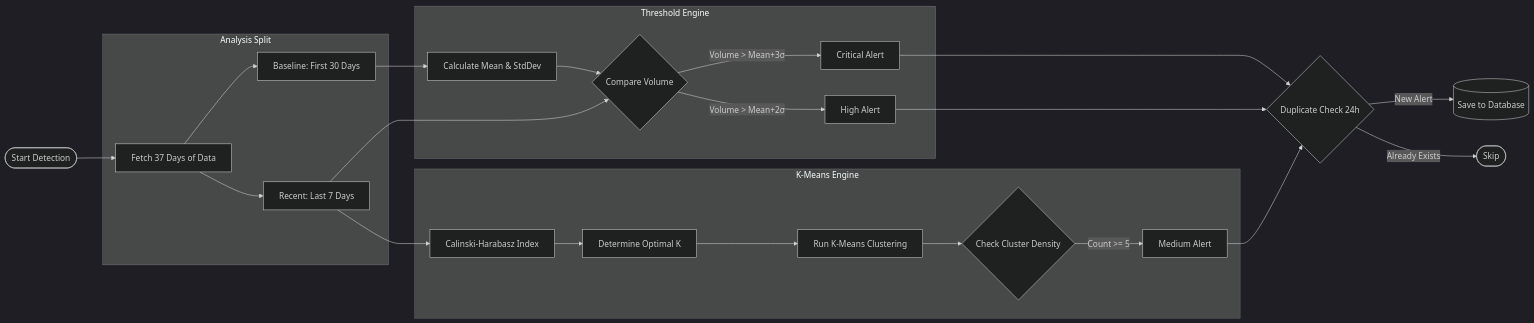
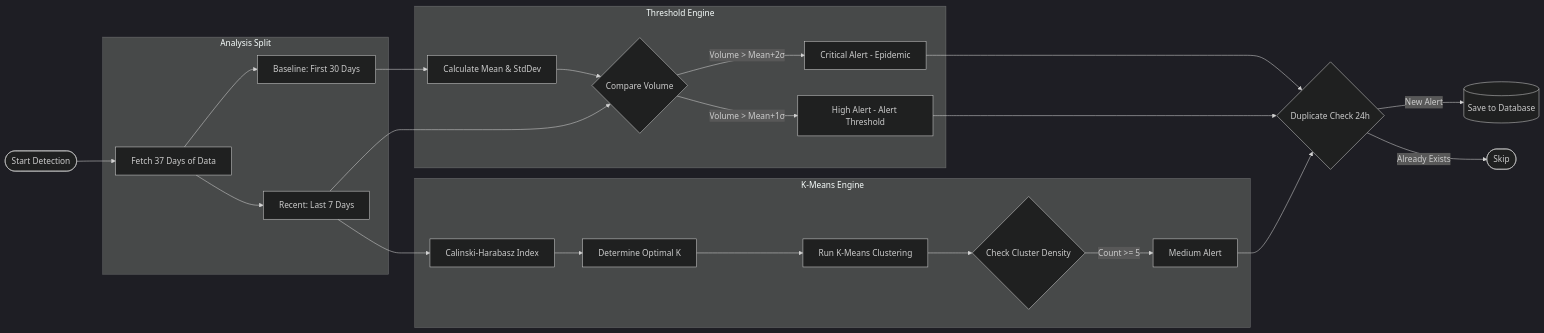
The second of 3 diagrams in frontend/documentations/OUTBREAK_ALERT_SYSTEM.md (notlath/aill-be-sick), drawn with Mermaid (dark theme) before and after one commit. The commit also changed other lines of this file and 4 other files, not shown here.

````diff
--- a/frontend/documentations/OUTBREAK_ALERT_SYSTEM.md
+++ b/frontend/documentations/OUTBREAK_ALERT_SYSTEM.md
@@ -182,29 +191,29 @@
 ```mermaid
 graph LR
     Start([Start Detection]) --> Fetch[Fetch 37 Days of Data]
 
     subgraph Analysis [Analysis Split]
         Fetch --> Baseline[Baseline: First 30 Days]
         Fetch --> Recent[Recent: Last 7 Days]
     end
 
     subgraph Threshold_Engine [Threshold Engine]
         Baseline --> CalcStats[Calculate Mean & StdDev]
         CalcStats --> Compare{Compare Volume}
         Recent --> Compare
-        Compare -- Volume > Mean+3σ --> Critical[Critical Alert]
-        Compare -- Volume > Mean+2σ --> High[High Alert]
+        Compare -- Volume > Mean+2σ --> Critical[Critical Alert - Epidemic]
+        Compare -- Volume > Mean+1σ --> High[High Alert - Alert Threshold]
     end
 
     subgraph Cluster_Engine [K-Means Engine]
         Recent --> CHIndex[Calinski-Harabasz Index]
         CHIndex --> OptimalK[Determine Optimal K]
         OptimalK --> RunKMeans[Run K-Means Clustering]
         RunKMeans --> Density{Check Cluster Density}
         Density -- Count >= 5 --> Med[Medium Alert]
     end
 
     Critical & High & Med --> Dedupe{Duplicate Check 24h}
     Dedupe -- New Alert --> Save[(Save to Database)]
     Dedupe -- Already Exists --> Skip([Skip])
 ```
````
